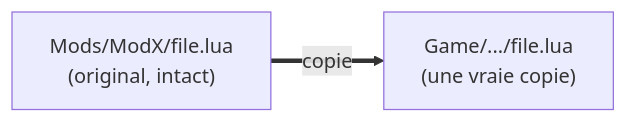
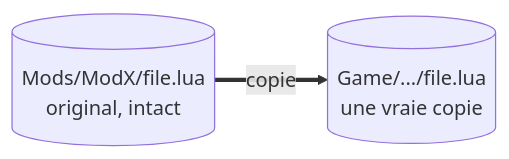
Before and after one commit to FreeProject089/BetterModsManager: the third of 3 diagrams in frontend/assets/docs/fr/how-it-works/profiles-activation.md, drawn with Mermaid. The commit also changed other lines of this file and 176 other files, not shown here.

````diff
--- a/frontend/assets/docs/fr/how-it-works/profiles-activation.md
+++ b/frontend/assets/docs/fr/how-it-works/profiles-activation.md
@@ -90,6 +97,4 @@
 ```mermaid
 flowchart LR
-    LIBFILE["Mods/ModX/file.lua<br/>(original, intact)"]
-    GAMEFILE["Game/.../file.lua<br/>(une vraie copie)"]
-    LIBFILE == "copie" ==> GAMEFILE
+    LIBFILE[("Mods/ModX/file.lua<br/>original, intact")] == "copie" ==> GAMEFILE[("Game/.../file.lua<br/>une vraie copie")]
 ```
````
